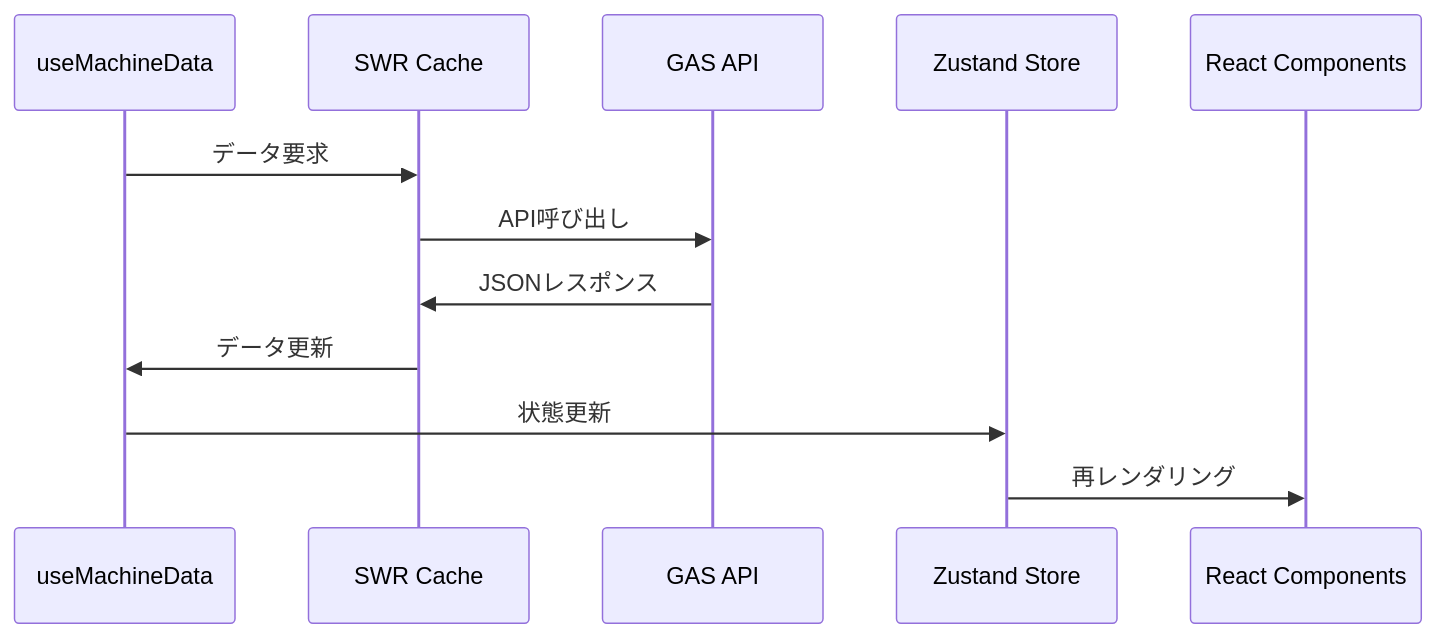
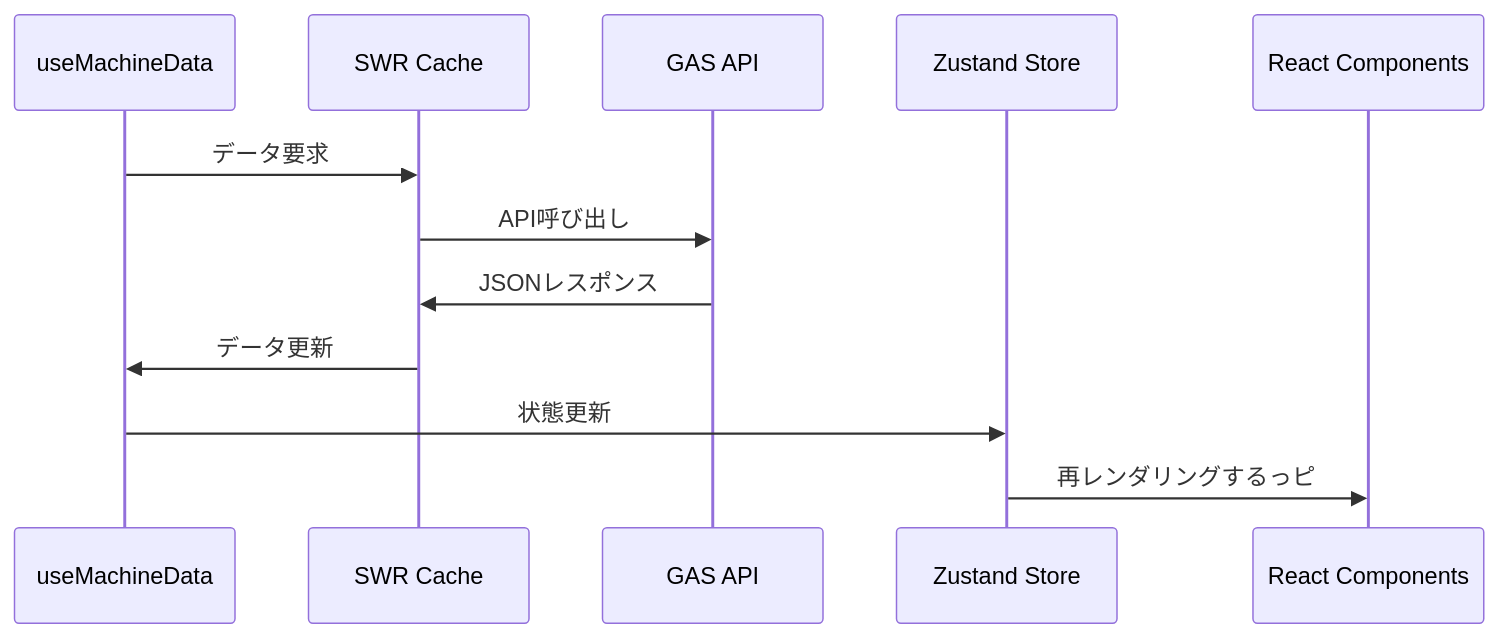
One commit to e-kagaku-Aquatic-Project/Telemetry-Visualization-App changed the second of 2 diagrams in README.md. Above: the diagram before and after it, drawn with Mermaid. The commit also changed other lines of this file, not shown here.

````diff
--- a/README.md
+++ b/README.md
@@ -382,15 +382,15 @@
 ```mermaid
 sequenceDiagram
     participant Hook as useMachineData
     participant SWR as SWR Cache
     participant API as GAS API
     participant Store as Zustand Store
     participant UI as React Components
 
     Hook->>SWR: データ要求
     SWR->>API: API呼び出し
     API->>SWR: JSONレスポンス
     SWR->>Hook: データ更新
     Hook->>Store: 状態更新
-    Store->>UI: 再レンダリング
+    Store->>UI: 再レンダリングするっピ
 ```
````
